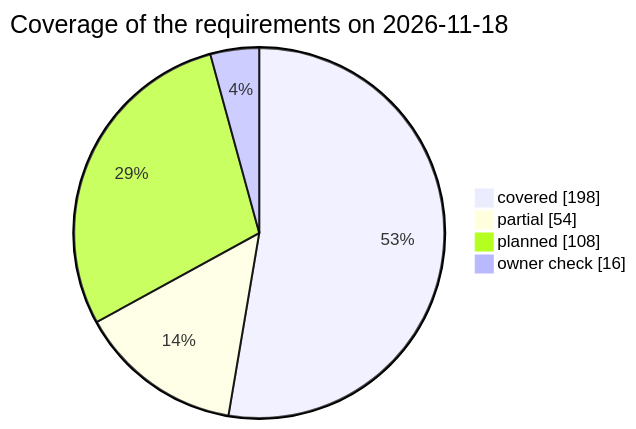
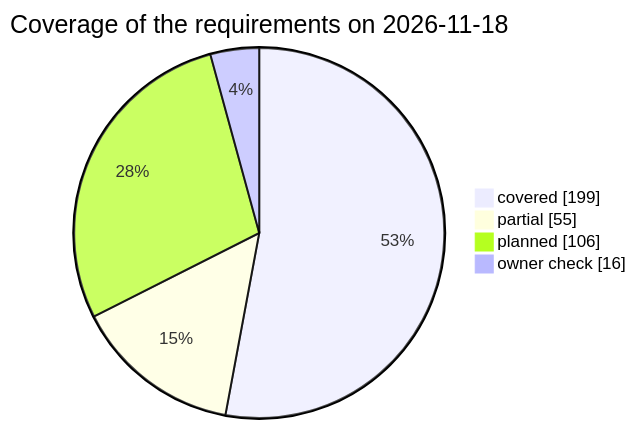
Before and after one commit to qa-io-vn/fnb-manager: the third of 3 diagrams in docs/test-plan.md, drawn with Mermaid. The commit also changed other lines of this file and 10 other files, not shown here.

````diff
--- a/docs/test-plan.md
+++ b/docs/test-plan.md
@@ -892,8 +893,8 @@
 ```mermaid
 pie showData
     title Coverage of the requirements on 2026-11-18
-    "covered" : 198
-    "partial" : 54
-    "planned" : 108
+    "covered" : 199
+    "partial" : 55
+    "planned" : 106
     "owner check" : 16
 ```
````
